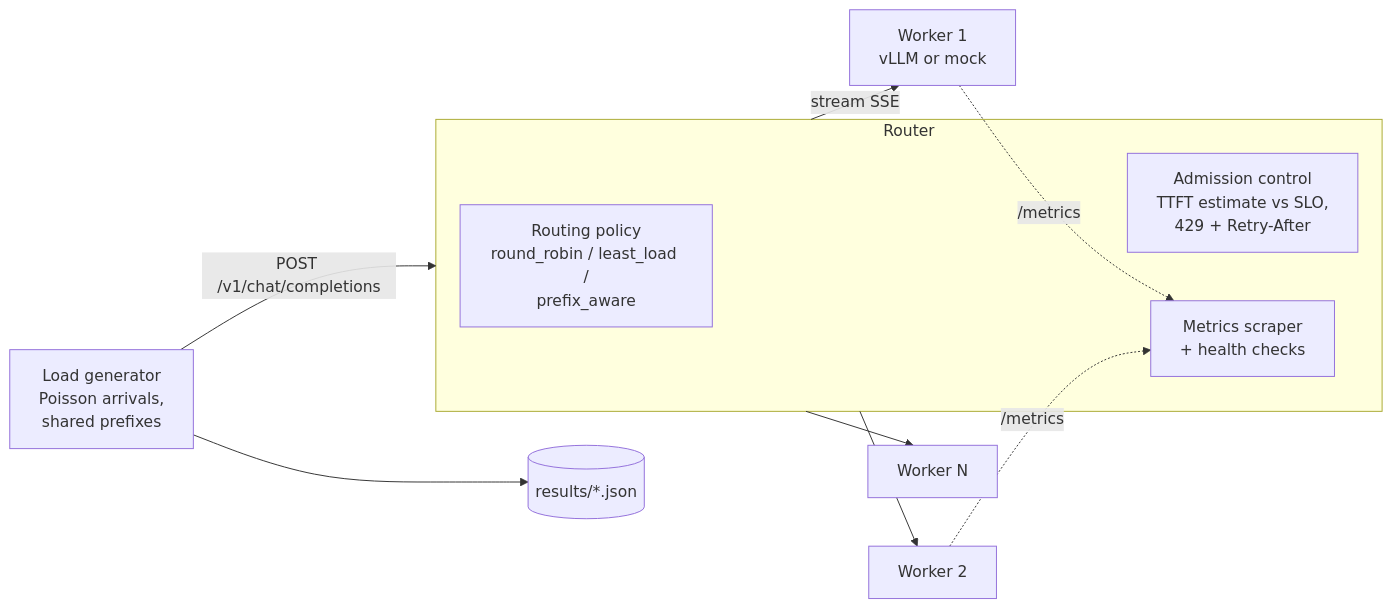
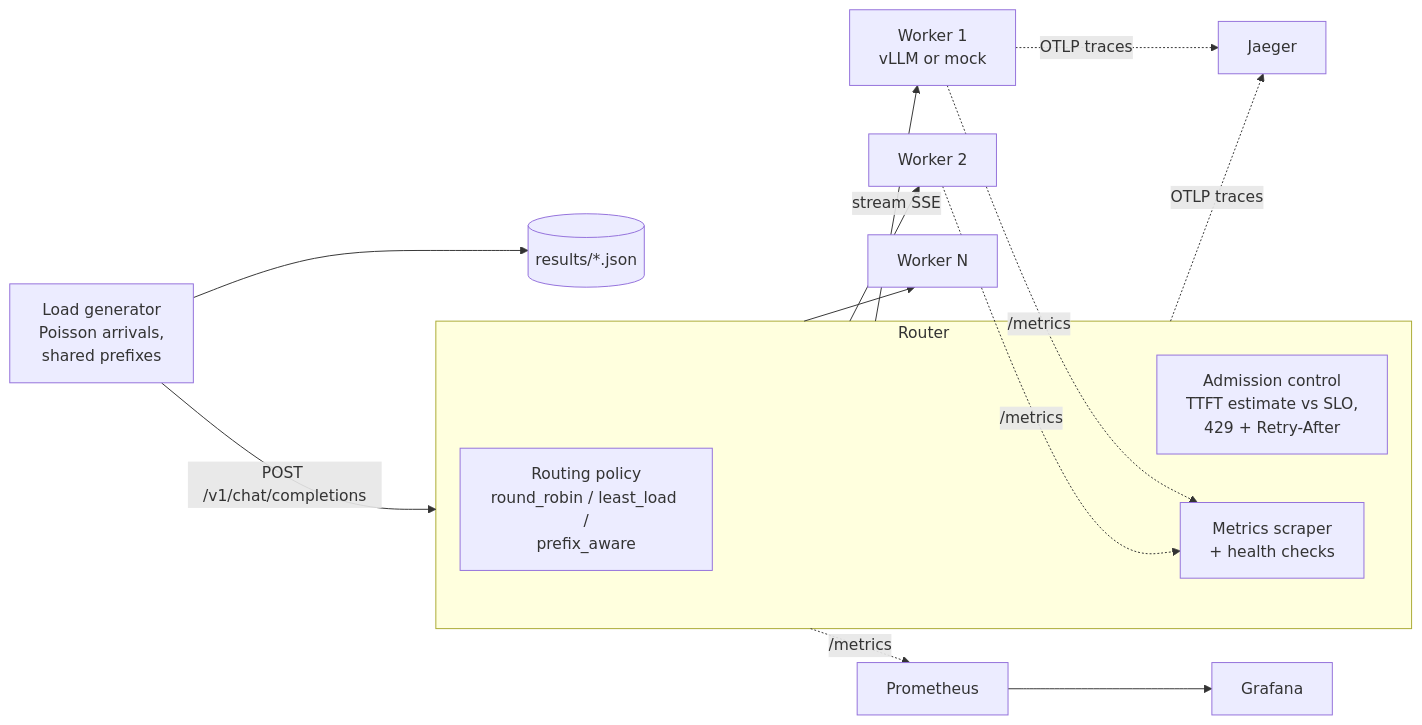
One commit to Mohamed101-4/llm-serving-platform changed the diagram in README.md. Above: the diagram before and after it, drawn with Mermaid. The commit also changed other lines of this file and 13 other files, not shown here.

First line of the commit message:
feat(phase5): Grafana dashboard, local Prometheus/Grafana/Jaeger stack, docs

````diff
--- a/README.md
+++ b/README.md
@@ -12,15 +12,18 @@
 ```mermaid
 flowchart LR
     LG[Load generator<br/>Poisson arrivals,<br/>shared prefixes] -->|POST /v1/chat/completions| R
     subgraph R[Router]
         P[Routing policy<br/>round_robin / least_load /<br/>prefix_aware]
         A[Admission control<br/>TTFT estimate vs SLO,<br/>429 + Retry-After]
         S[Metrics scraper<br/>+ health checks]
     end
     R -->|stream SSE| W1[Worker 1<br/>vLLM or mock]
     R --> W2[Worker 2]
     R --> W3[Worker N]
     W1 -. /metrics .-> S
     W2 -. /metrics .-> S
     LG --> J[(results/*.json)]
+    R -. /metrics .-> PR[Prometheus] --> G[Grafana]
+    R -. OTLP traces .-> JG[Jaeger]
+    W1 -. OTLP traces .-> JG
 ```
````
